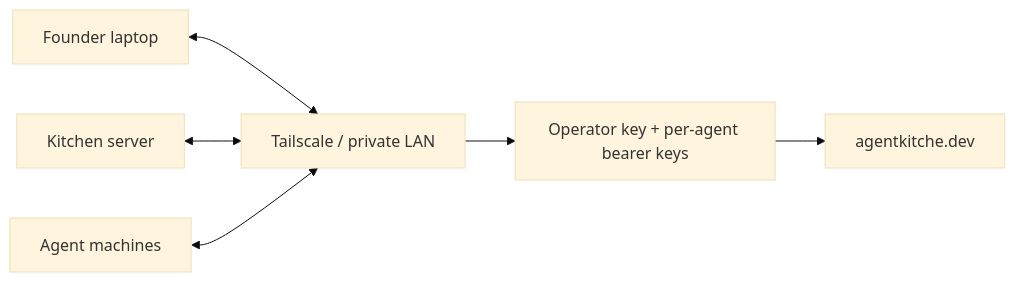
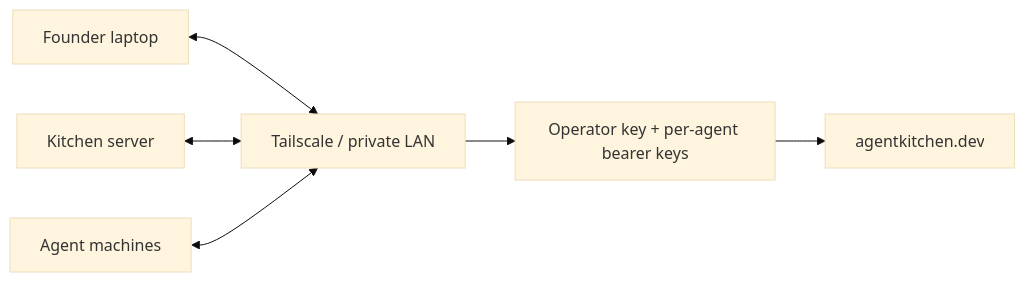
One commit to lac5q/agentkitche.dev changed the third of 5 diagrams in README.md. Above: the diagram before and after it, drawn with Mermaid (base theme). The commit also changed other lines of this file and 29 other files, not shown here.

Commit message:
fix: correct rebrand to agentkitchen.dev

````diff
--- a/README.md
+++ b/README.md
@@ -255,8 +255,8 @@
 ```mermaid
 flowchart LR
   Founder["Founder laptop"] <--> Tailnet["Tailscale / private LAN"]
   Server["Kitchen server"] <--> Tailnet
   Agents["Agent machines"] <--> Tailnet
   Tailnet --> Auth["Operator key + per-agent bearer keys"]
-  Auth --> Kitchen["agentkitche.dev"]
+  Auth --> Kitchen["agentkitchen.dev"]
 ```
````
